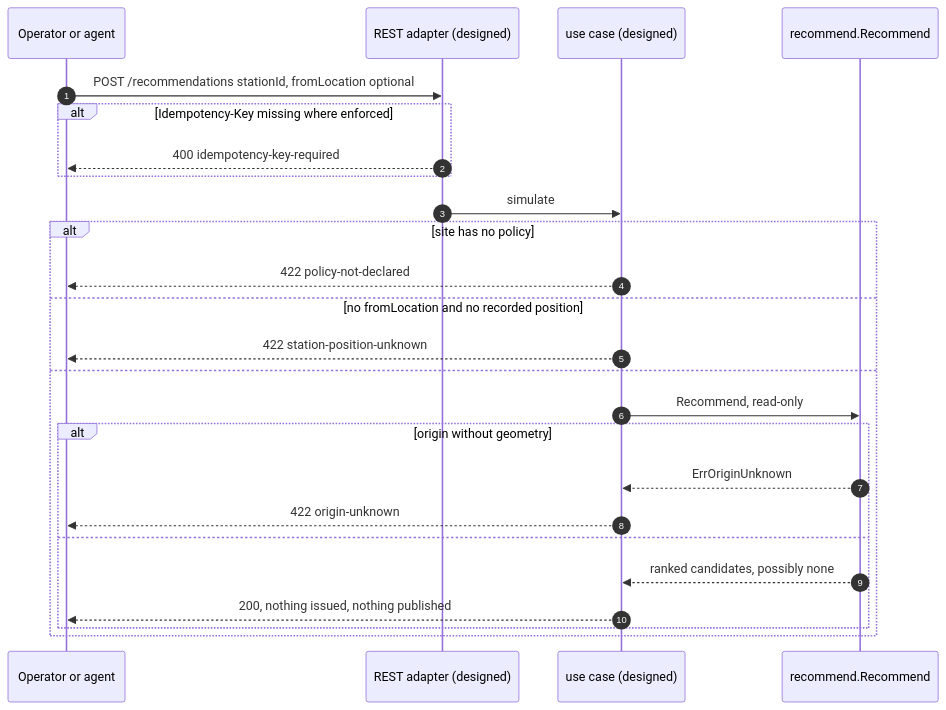
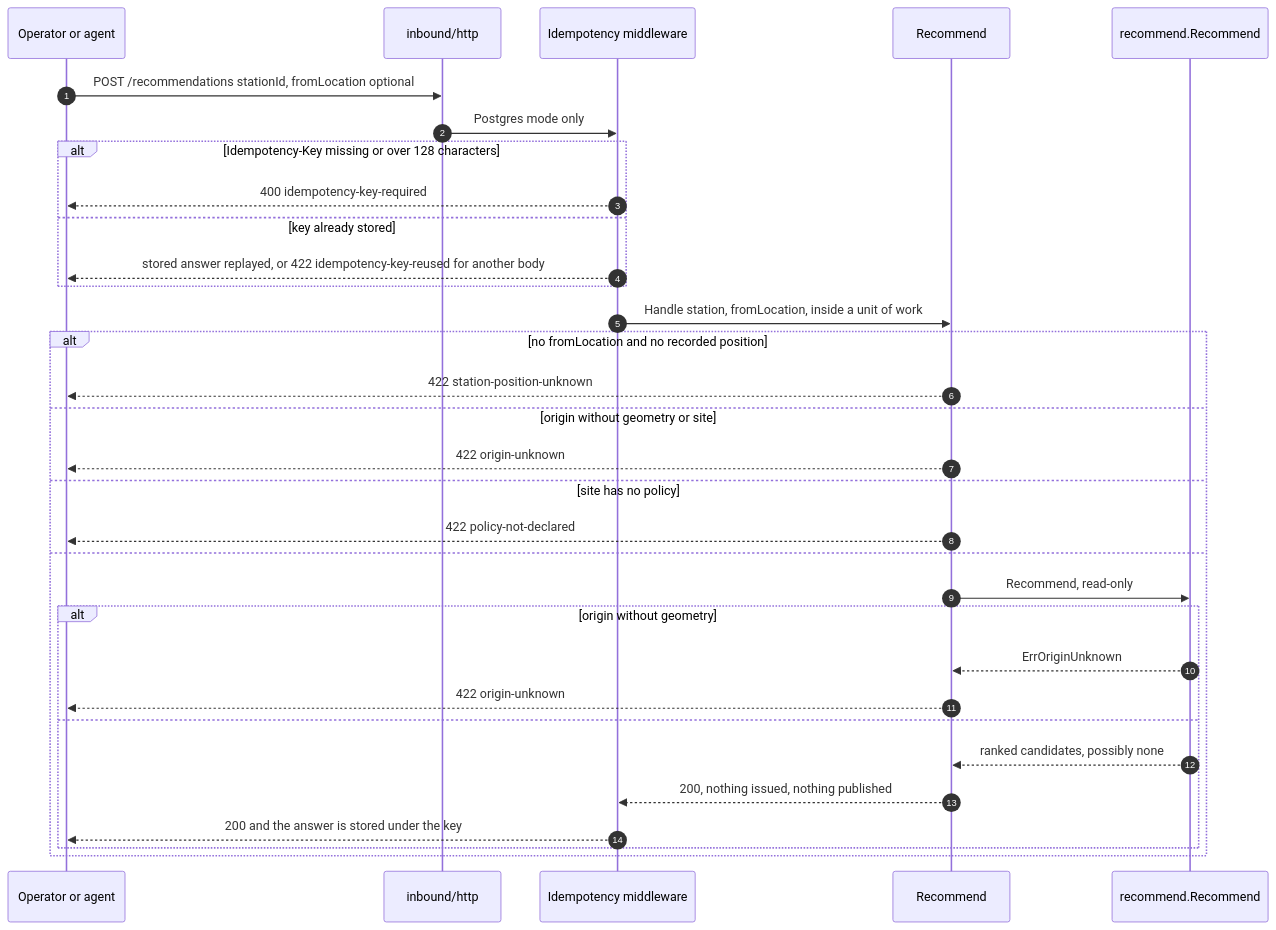
Before and after one commit to IQVO/task-interleaving: the fifth of 5 diagrams in docs/docs/ddd/sequence-diagrams.md, drawn with Mermaid. The commit also changed other lines of this file and 15 other files, not shown here.

````diff
--- a/docs/docs/ddd/sequence-diagrams.md
+++ b/docs/docs/ddd/sequence-diagrams.md
@@ -158,28 +214,35 @@
 ```mermaid
 sequenceDiagram
     autonumber
     participant O as Operator or agent
-    participant H as REST adapter (designed)
-    participant UC as use case (designed)
+    participant H as inbound/http
+    participant I as Idempotency middleware
+    participant UC as Recommend
     participant R as recommend.Recommend
 
     O->>H: POST /recommendations stationId, fromLocation optional
-    alt Idempotency-Key missing where enforced
-        H-->>O: 400 idempotency-key-required
+    H->>I: Postgres mode only
+    alt Idempotency-Key missing or over 128 characters
+        I-->>O: 400 idempotency-key-required
+    else key already stored
+        I-->>O: stored answer replayed, or 422 idempotency-key-reused for another body
     end
-    H->>UC: simulate
-    alt site has no policy
+    I->>UC: Handle station, fromLocation, inside a unit of work
+    alt no fromLocation and no recorded position
+        UC-->>O: 422 station-position-unknown
+    else origin without geometry or site
+        UC-->>O: 422 origin-unknown
+    else site has no policy
         UC-->>O: 422 policy-not-declared
-    else no fromLocation and no recorded position
-        UC-->>O: 422 station-position-unknown
     else
         UC->>R: Recommend, read-only
         alt origin without geometry
             R-->>UC: ErrOriginUnknown
             UC-->>O: 422 origin-unknown
         else
             R-->>UC: ranked candidates, possibly none
-            UC-->>O: 200, nothing issued, nothing published
+            UC-->>I: 200, nothing issued, nothing published
+            I-->>O: 200 and the answer is stored under the key
         end
     end
 ```
````
